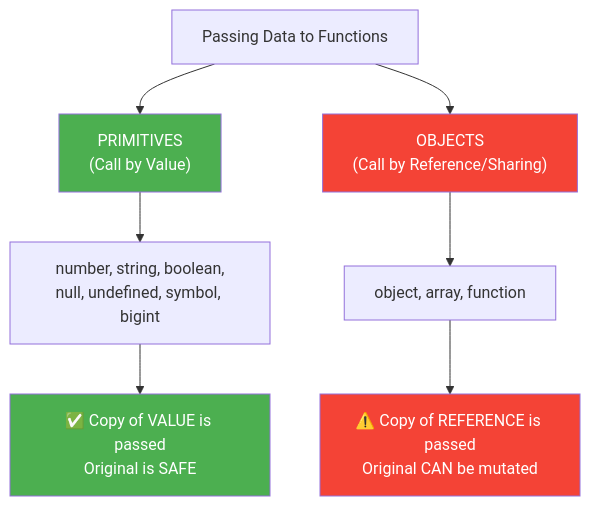
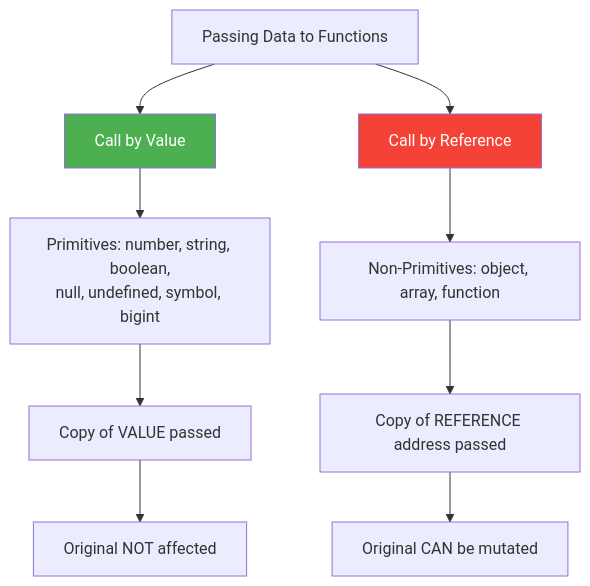
Diagram 13 of 30 in Javascript/Chapter5_Functions.md (Kshitijgul/Notes), drawn with Mermaid before and after one commit. The commit also changed other lines of this file and 1 other file, not shown here.

````diff
--- a/Javascript/Chapter5_Functions.md
+++ b/Javascript/Chapter5_Functions.md
@@ -2657,16 +1217,17 @@
 ```mermaid
 flowchart TD
-    A["Passing Data to Functions"] --> B["PRIMITIVES<br>(Call by Value)"]
-    A --> C["OBJECTS<br>(Call by Reference/Sharing)"]
-    
-    B --> D["number, string, boolean,<br>null, undefined, symbol, bigint"]
-    C --> E["object, array, function"]
-    
-    D --> F["✅ Copy of VALUE is passed<br>Original is SAFE"]
-    E --> G["⚠️ Copy of REFERENCE is passed<br>Original CAN be mutated"]
-    
+    A["Passing Data to Functions"] --> B["Call by Value"]
+    A --> C["Call by Reference"]
+
+    B --> D["Primitives: number, string, boolean,\nnull, undefined, symbol, bigint"]
+    C --> E["Non-Primitives: object, array, function"]
+
+    D --> F["Copy of VALUE passed"]
+    E --> G["Copy of REFERENCE address passed"]
+
+    F --> H["Original NOT affected"]
+    G --> I["Original CAN be mutated"]
+
     style B fill:#4CAF50,color:white
     style C fill:#f44336,color:white
-    style F fill:#4CAF50,color:white
-    style G fill:#f44336,color:white
 ```
````
